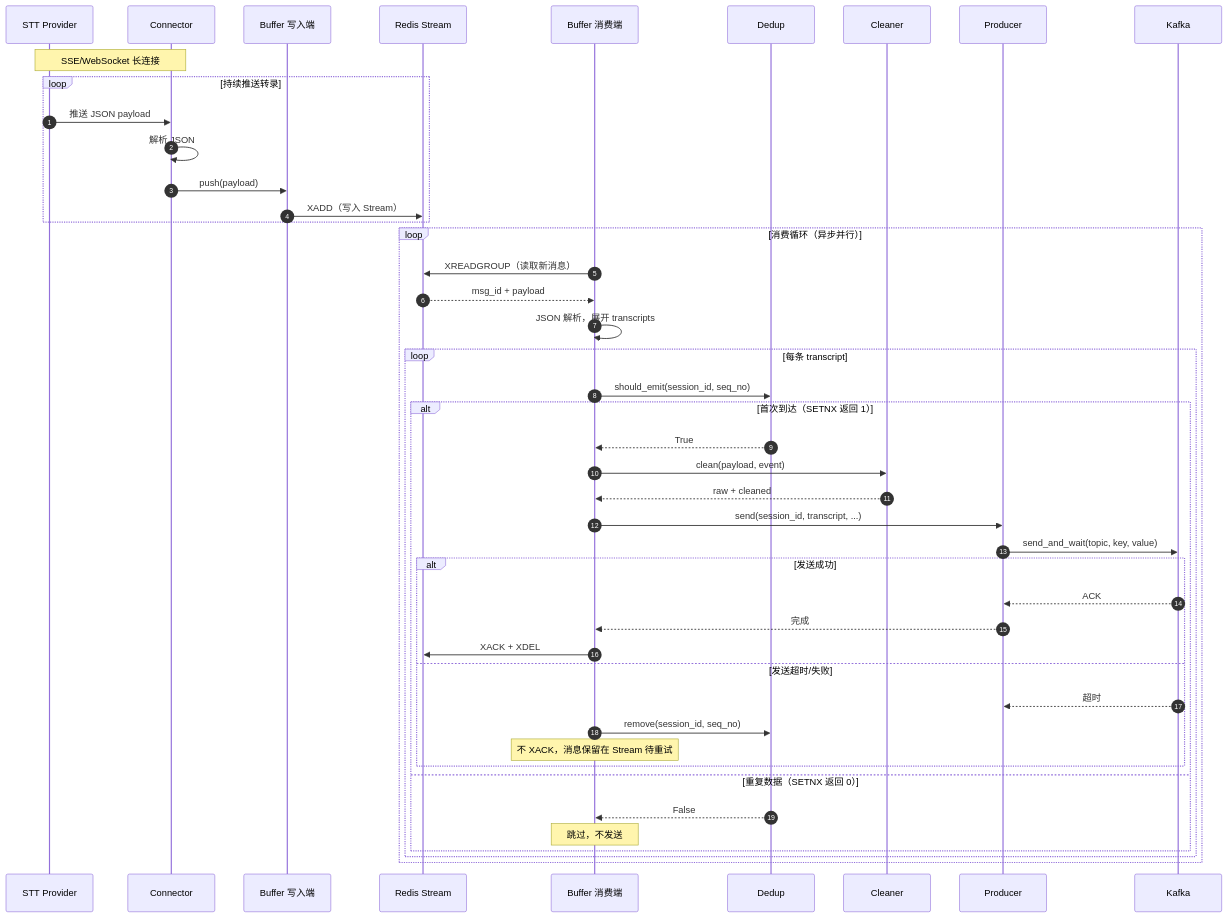
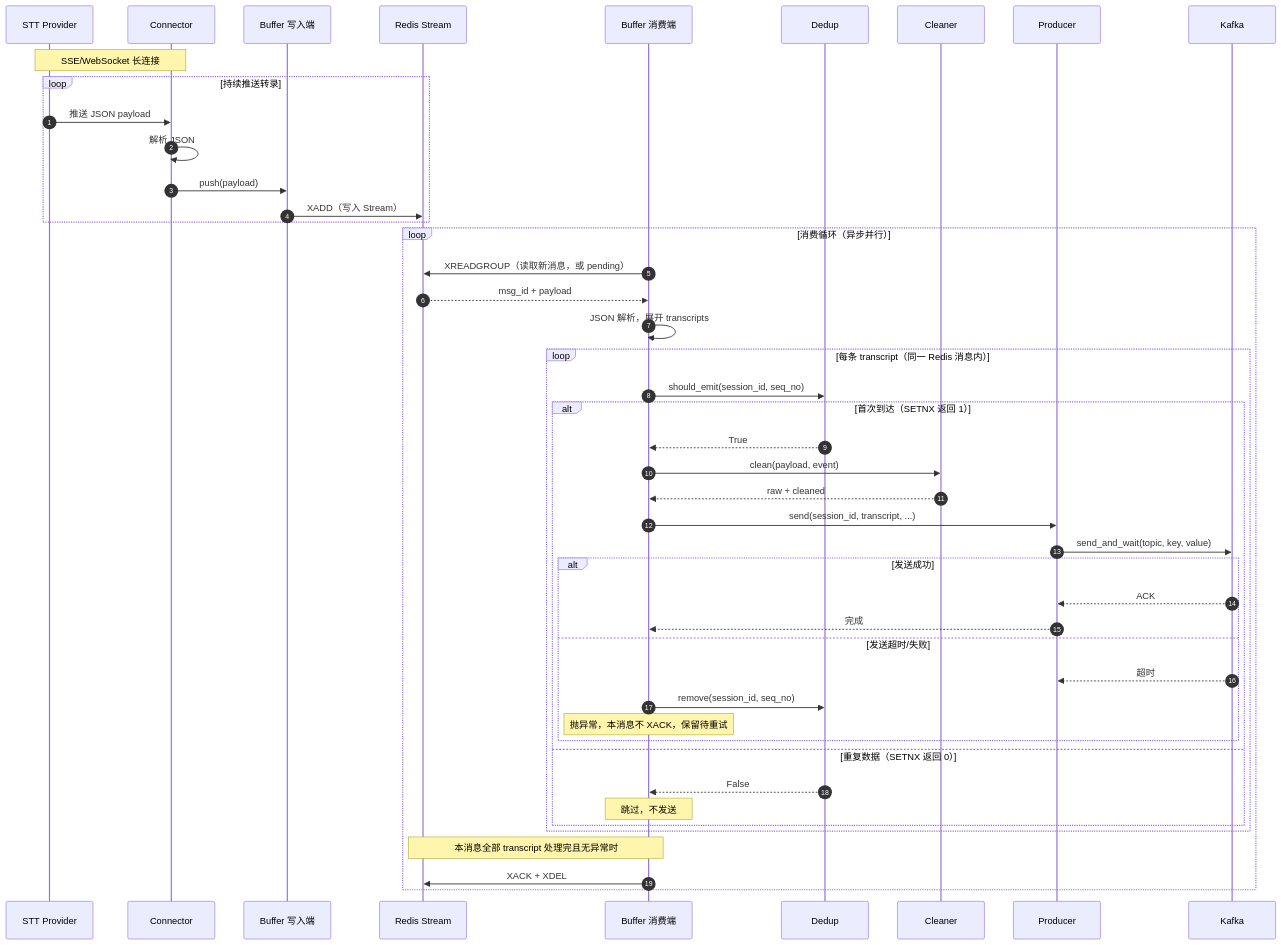
One commit to xiaodouya001/transcribe_service changed the third of 6 diagrams in docs/architecture.md. Above: the diagram before and after it, drawn with Mermaid. The commit also changed other lines of this file, not shown here.

Commit message:
Enhance architecture documentation to clarify the consumer message processing flow and graceful shutdown procedures. Update sequence diagrams to reflect changes in message acknowledgment handling and the introduction of a draining state during shutdown.

````diff
--- a/docs/architecture.md
+++ b/docs/architecture.md
@@ -104,50 +104,51 @@
 ```mermaid
 sequenceDiagram
     autonumber
     participant STT as STT Provider
     participant Conn as Connector
     participant Buf as Buffer 写入端
     participant Stream as Redis Stream
     participant Consumer as Buffer 消费端
     participant Dedup as Dedup
     participant Clean as Cleaner
     participant Prod as Producer
     participant Kafka as Kafka
 
     Note over Conn, STT: SSE/WebSocket 长连接
 
     loop 持续推送转录
         STT->>Conn: 推送 JSON payload
         Conn->>Conn: 解析 JSON
         Conn->>Buf: push(payload)
         Buf->>Stream: XADD（写入 Stream）
     end
 
     loop 消费循环（异步并行）
-        Consumer->>Stream: XREADGROUP（读取新消息）
+        Consumer->>Stream: XREADGROUP（读取新消息，或 pending）
         Stream-->>Consumer: msg_id + payload
         Consumer->>Consumer: JSON 解析，展开 transcripts
-        loop 每条 transcript
+        loop 每条 transcript（同一 Redis 消息内）
             Consumer->>Dedup: should_emit(session_id, seq_no)
             alt 首次到达（SETNX 返回 1）
                 Dedup-->>Consumer: True
                 Consumer->>Clean: clean(payload, event)
                 Clean-->>Consumer: raw + cleaned
                 Consumer->>Prod: send(session_id, transcript, ...)
                 Prod->>Kafka: send_and_wait(topic, key, value)
                 alt 发送成功
                     Kafka-->>Prod: ACK
                     Prod-->>Consumer: 完成
-                    Consumer->>Stream: XACK + XDEL
                 else 发送超时/失败
                     Kafka-->>Prod: 超时
                     Consumer->>Dedup: remove(session_id, seq_no)
-                    Note over Consumer: 不 XACK，消息保留在 Stream 待重试
+                    Note over Consumer: 抛异常，本消息不 XACK，保留待重试
                 end
             else 重复数据（SETNX 返回 0）
                 Dedup-->>Consumer: False
                 Note over Consumer: 跳过，不发送
             end
         end
+        Note over Consumer, Stream: 本消息全部 transcript 处理完且无异常时
+        Consumer->>Stream: XACK + XDEL
     end
 ```
````
